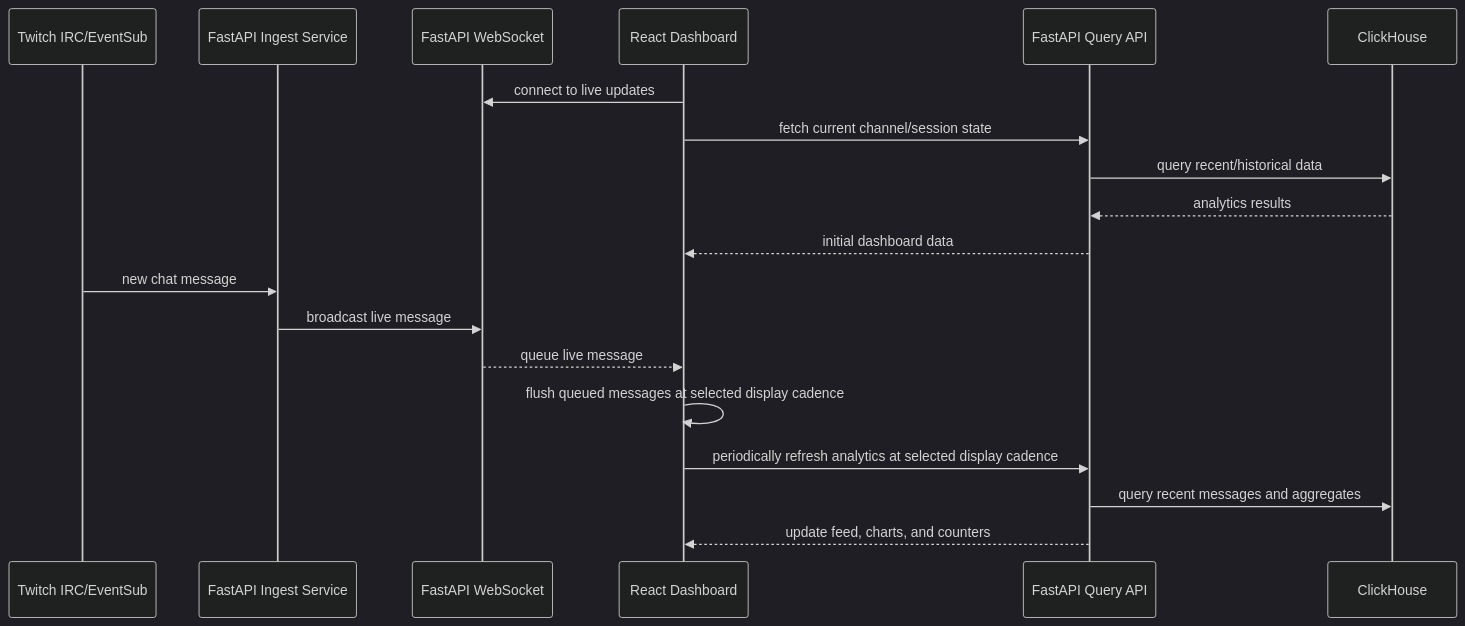
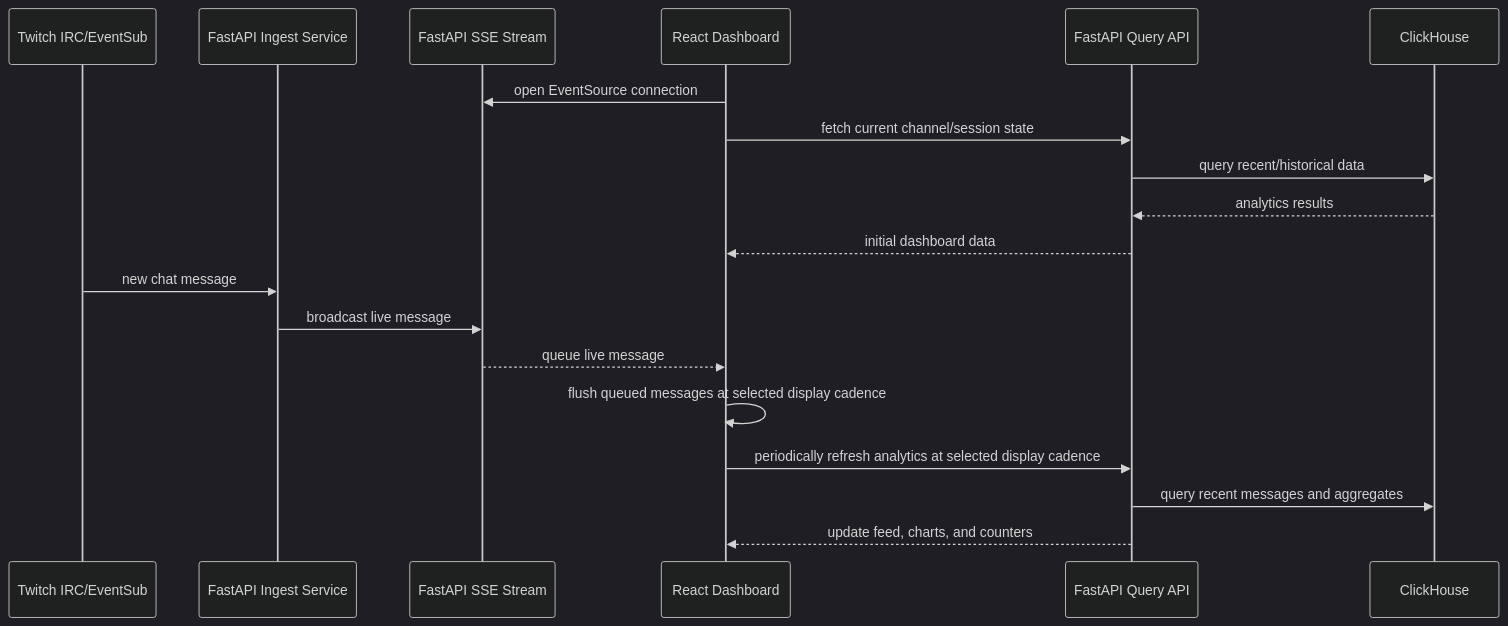
Before and after one commit to uwdivad/twitch_analyze: the third of 4 diagrams in docs/project-flow.md, drawn with Mermaid (dark theme). The commit also changed other lines of this file and 16 other files, not shown here.

First line of the commit message:
Replace live-feed WebSocket with SSE; backend perf and docs

````diff
--- a/docs/project-flow.md
+++ b/docs/project-flow.md
@@ -66,23 +66,23 @@
 ```mermaid
 sequenceDiagram
     participant Twitch as Twitch IRC/EventSub
     participant Ingest as FastAPI Ingest Service
-    participant WS as FastAPI WebSocket
+    participant SSE as FastAPI SSE Stream
     participant UI as React Dashboard
     participant API as FastAPI Query API
     participant CH as ClickHouse
 
-    UI->>WS: connect to live updates
+    UI->>SSE: open EventSource connection
     UI->>API: fetch current channel/session state
     API->>CH: query recent/historical data
     CH-->>API: analytics results
     API-->>UI: initial dashboard data
 
     Twitch->>Ingest: new chat message
-    Ingest->>WS: broadcast live message
-    WS-->>UI: queue live message
+    Ingest->>SSE: broadcast live message
+    SSE-->>UI: queue live message
     UI->>UI: flush queued messages at selected display cadence
     UI->>API: periodically refresh analytics at selected display cadence
     API->>CH: query recent messages and aggregates
     API-->>UI: update feed, charts, and counters
 ```
````
